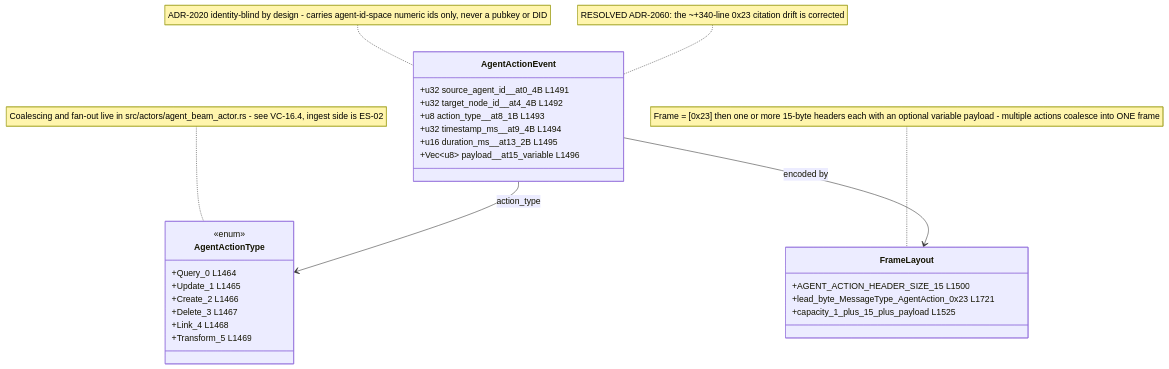
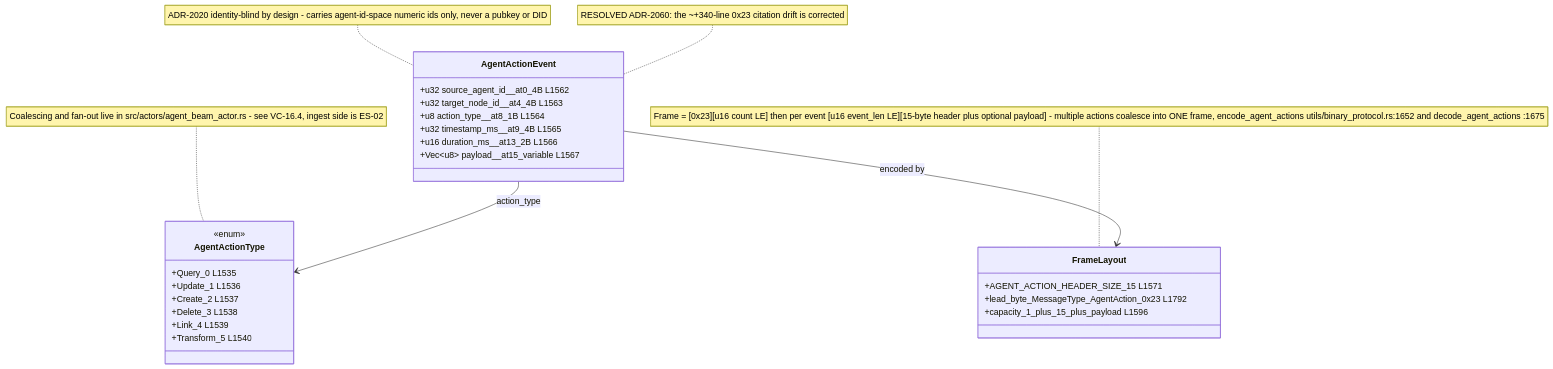
Before and after one commit to DreamLab-AI/VisionFlow: the fifth of 10 diagrams in docs/diagrams/visionclaw/14-wire-frames-and-tag-registry.md, drawn with Mermaid. The commit also changed other lines of this file and 160 other files, not shown here.

````diff
--- a/docs/diagrams/visionclaw/14-wire-frames-and-tag-registry.md
+++ b/docs/diagrams/visionclaw/14-wire-frames-and-tag-registry.md
@@ -172,32 +184,32 @@
 ```mermaid
 classDiagram
     class AgentActionEvent {
-        +u32 source_agent_id__at0_4B L1491
-        +u32 target_node_id__at4_4B L1492
-        +u8 action_type__at8_1B L1493
-        +u32 timestamp_ms__at9_4B L1494
-        +u16 duration_ms__at13_2B L1495
-        +Vec~u8~ payload__at15_variable L1496
+        +u32 source_agent_id__at0_4B L1562
+        +u32 target_node_id__at4_4B L1563
+        +u8 action_type__at8_1B L1564
+        +u32 timestamp_ms__at9_4B L1565
+        +u16 duration_ms__at13_2B L1566
+        +Vec~u8~ payload__at15_variable L1567
     }
     class AgentActionType {
         <<enum>>
-        +Query_0 L1464
-        +Update_1 L1465
-        +Create_2 L1466
-        +Delete_3 L1467
-        +Link_4 L1468
-        +Transform_5 L1469
+        +Query_0 L1535
+        +Update_1 L1536
+        +Create_2 L1537
+        +Delete_3 L1538
+        +Link_4 L1539
+        +Transform_5 L1540
     }
     class FrameLayout {
-        +AGENT_ACTION_HEADER_SIZE_15 L1500
-        +lead_byte_MessageType_AgentAction_0x23 L1721
-        +capacity_1_plus_15_plus_payload L1525
+        +AGENT_ACTION_HEADER_SIZE_15 L1571
+        +lead_byte_MessageType_AgentAction_0x23 L1792
+        +capacity_1_plus_15_plus_payload L1596
     }
     AgentActionEvent --> AgentActionType : action_type
     AgentActionEvent --> FrameLayout : encoded by
 
-    note for FrameLayout "Frame = [0x23] then one or more 15-byte headers each with an optional variable payload - multiple actions coalesce into ONE frame"
+    note for FrameLayout "Frame = [0x23][u16 count LE] then per event [u16 event_len LE][15-byte header plus optional payload] - multiple actions coalesce into ONE frame, encode_agent_actions utils/binary_protocol.rs:1652 and decode_agent_actions :1675"
     note for AgentActionEvent "ADR-2020 identity-blind by design - carries agent-id-space numeric ids only, never a pubkey or DID"
     note for AgentActionEvent "RESOLVED ADR-2060: the ~+340-line 0x23 citation drift is corrected"
     note for AgentActionType "Coalescing and fan-out live in src/actors/agent_beam_actor.rs - see VC-16.4, ingest side is ES-02"
 ```
````
